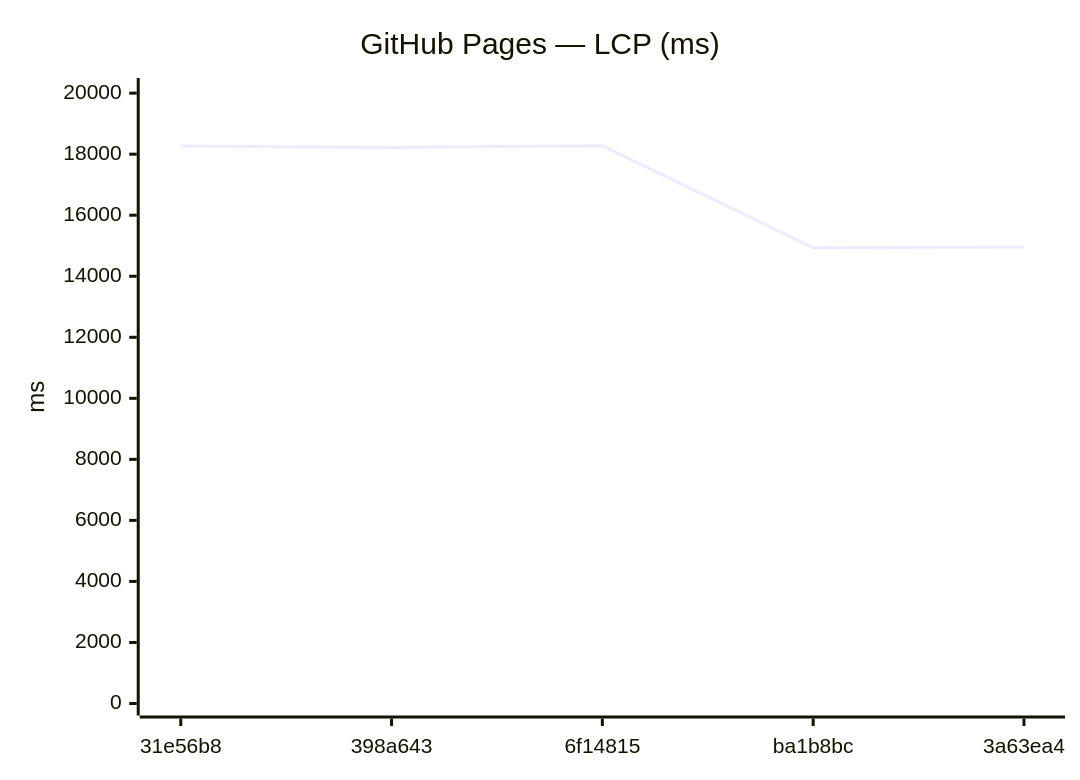
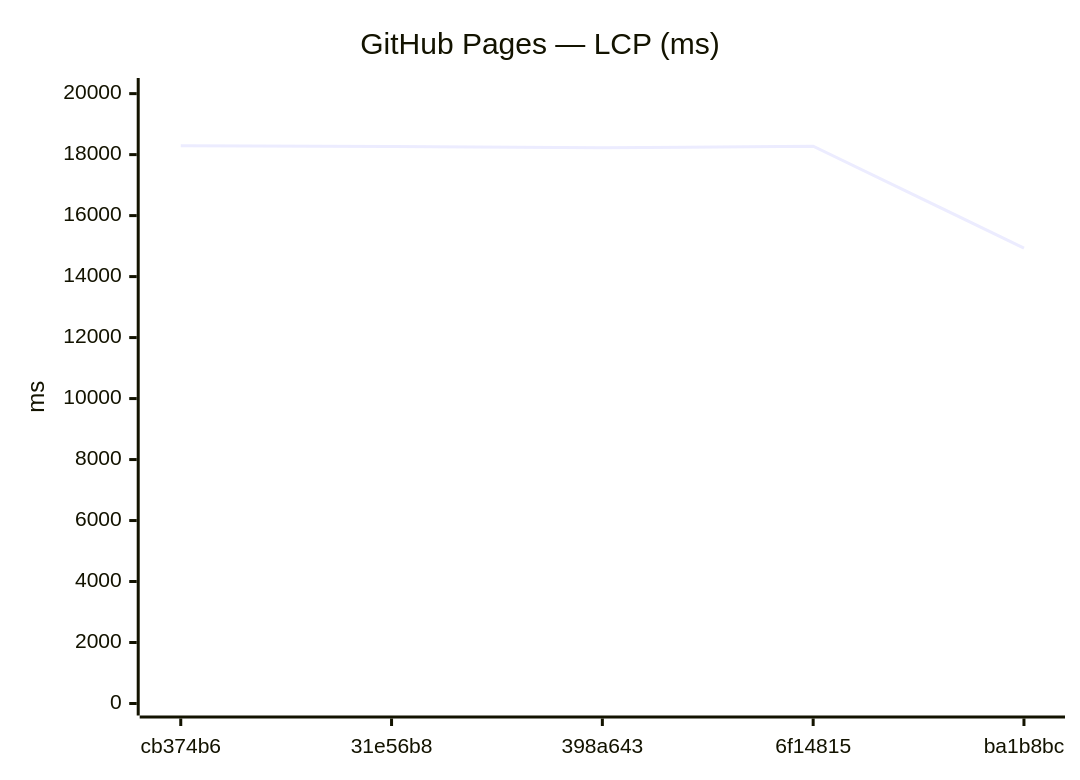
Before and after one commit to Metaheurist/Rianell: the ninth of 18 diagrams in benchmarks/compare.md, drawn with Mermaid. The commit also changed other lines of this file and 11 other files, not shown here.

````diff
--- a/benchmarks/compare.md
+++ b/benchmarks/compare.md
@@ -142,7 +142,7 @@
 ```mermaid
 xychart-beta
     title "GitHub Pages — LCP (ms)"
-    x-axis ["31e56b8", "398a643", "6f14815", "ba1b8bc", "3a63ea4"]
-    y-axis "ms" 0 --> 20103
-    line [18265, 18222, 18275, 14936, 14957]
+    x-axis ["cb374b6", "31e56b8", "398a643", "6f14815", "ba1b8bc"]
+    y-axis "ms" 0 --> 20119
+    line [18290, 18265, 18222, 18275, 14936]
 ```
````
